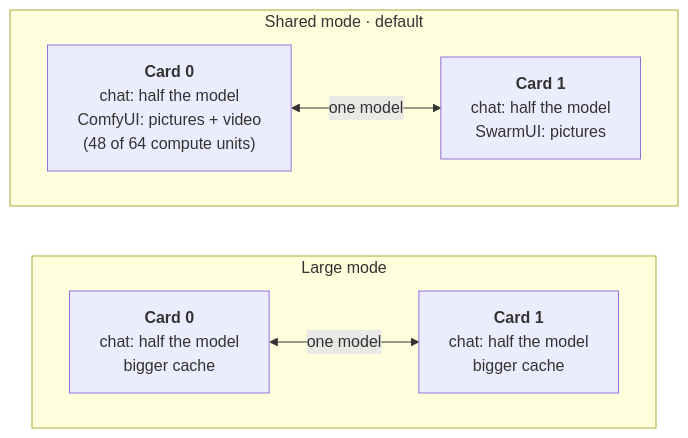
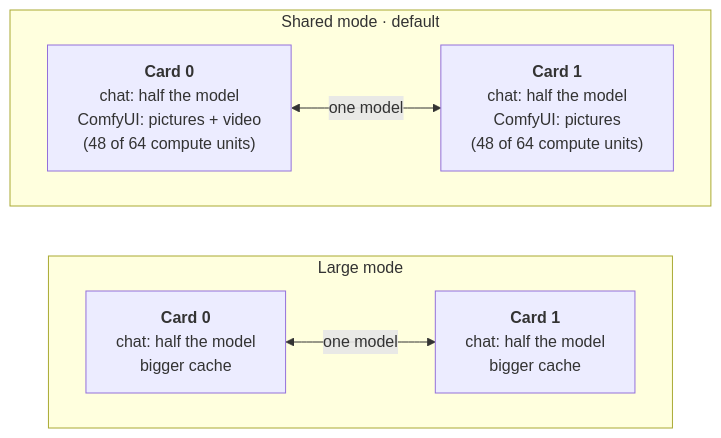
Before and after one commit to Drgr33nSenior/ArchLinuxThreadripper: the first of 2 diagrams in docs/MODES.md, drawn with Mermaid. The commit also changed other lines of this file and 26 other files, not shown here.

````diff
--- a/docs/MODES.md
+++ b/docs/MODES.md
@@ -25,16 +25,16 @@
 ```mermaid
 flowchart TB
   subgraph shared["Shared mode · default"]
     direction LR
     s0["<b>Card 0</b><br/>chat: half the model<br/>ComfyUI: pictures + video<br/>(48 of 64 compute units)"]
-    s1["<b>Card 1</b><br/>chat: half the model<br/>SwarmUI: pictures"]
+    s1["<b>Card 1</b><br/>chat: half the model<br/>ComfyUI: pictures<br/>(48 of 64 compute units)"]
     s0 <-->|"one model"| s1
   end
   subgraph large["Large mode"]
     direction LR
     l0["<b>Card 0</b><br/>chat: half the model<br/>bigger cache"]
     l1["<b>Card 1</b><br/>chat: half the model<br/>bigger cache"]
     l0 <-->|"one model"| l1
   end
   shared ~~~ large
 ```
````
